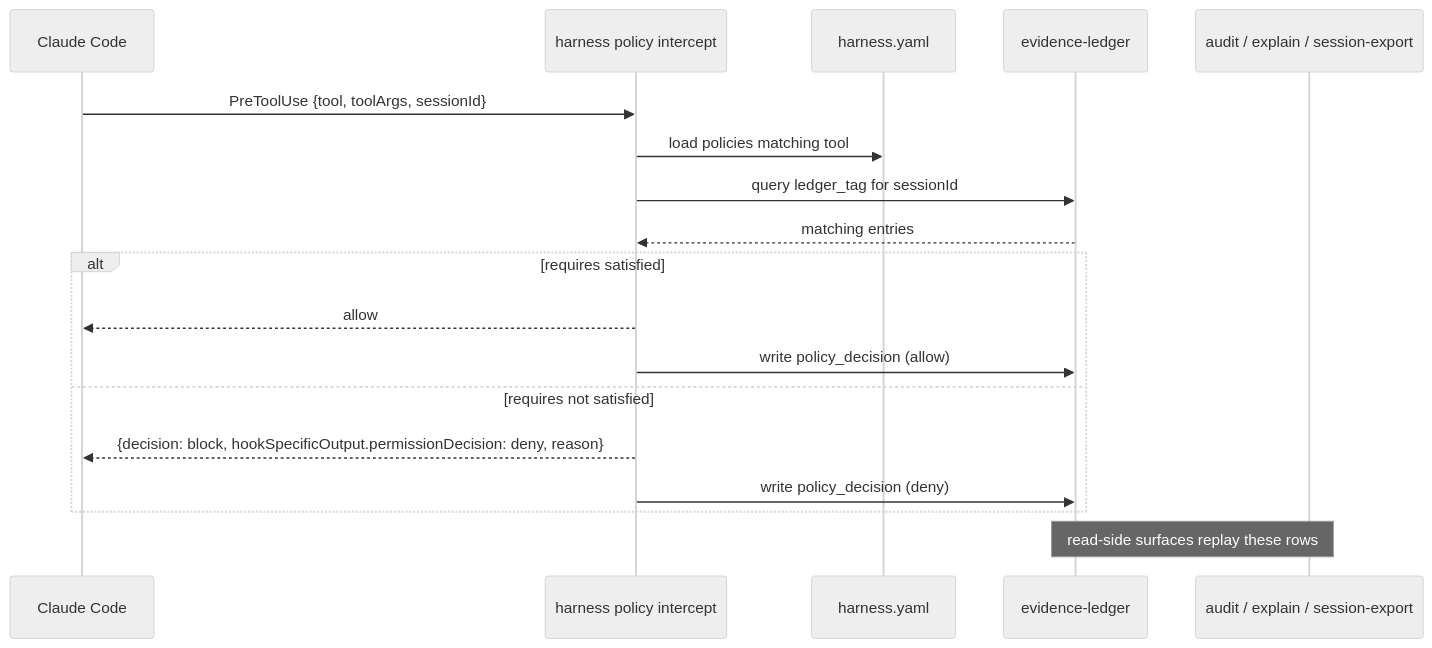
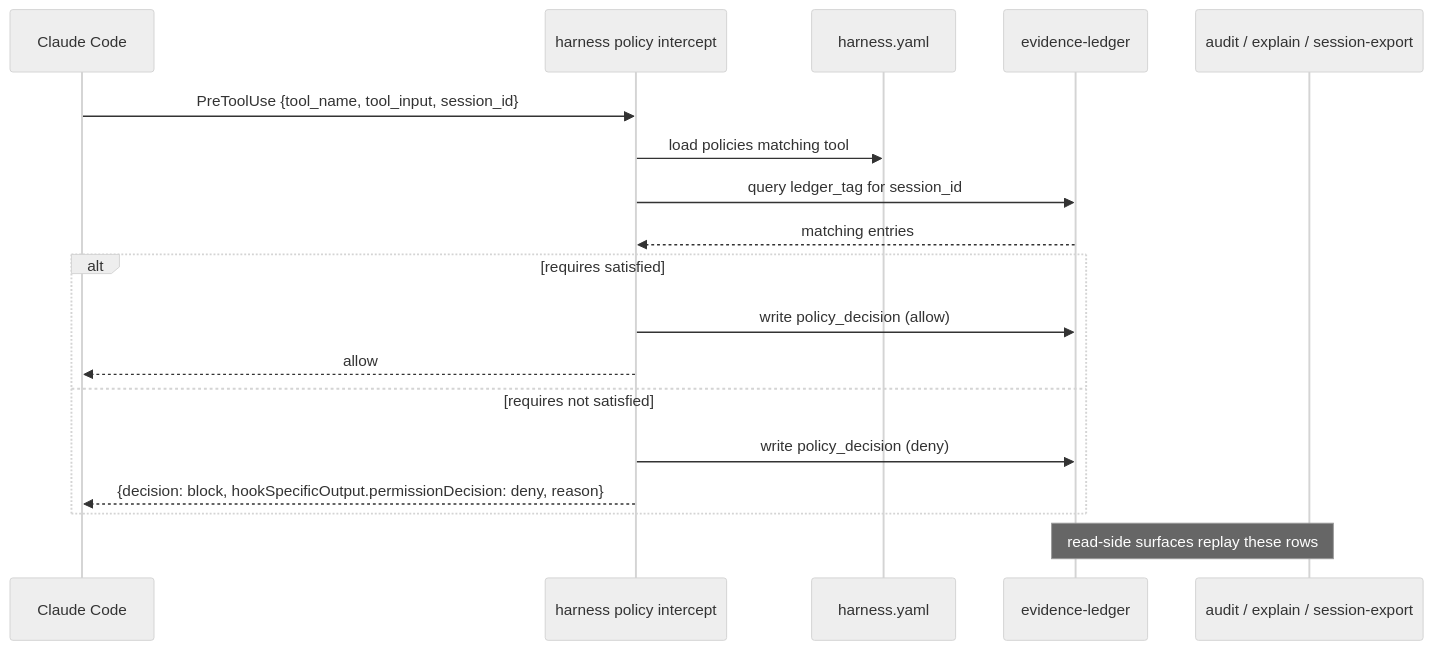
One commit to LanNguyenSi/harness changed the second of 2 diagrams in docs/for-agents.md. Above: the diagram before and after it, drawn with Mermaid (neutral theme). The commit also changed other lines of this file and 7 other files, not shown here.

````diff
--- a/docs/for-agents.md
+++ b/docs/for-agents.md
@@ -132,21 +132,21 @@
 ```mermaid
 sequenceDiagram
     participant CC as Claude Code
     participant Hook as harness policy intercept
     participant Manifest as harness.yaml
     participant Ledger as evidence-ledger
     participant Audit as audit / explain / session-export
 
-    CC->>Hook: PreToolUse {tool, toolArgs, sessionId}
+    CC->>Hook: PreToolUse {tool_name, tool_input, session_id}
     Hook->>Manifest: load policies matching tool
-    Hook->>Ledger: query ledger_tag for sessionId
+    Hook->>Ledger: query ledger_tag for session_id
     Ledger-->>Hook: matching entries
     alt requires satisfied
+        Hook->>Ledger: write policy_decision (allow)
         Hook-->>CC: allow
-        Hook->>Ledger: write policy_decision (allow)
     else requires not satisfied
+        Hook->>Ledger: write policy_decision (deny)
         Hook-->>CC: {decision: block, hookSpecificOutput.permissionDecision: deny, reason}
-        Hook->>Ledger: write policy_decision (deny)
     end
     Note over Audit,Ledger: read-side surfaces replay these rows
 ```
````
